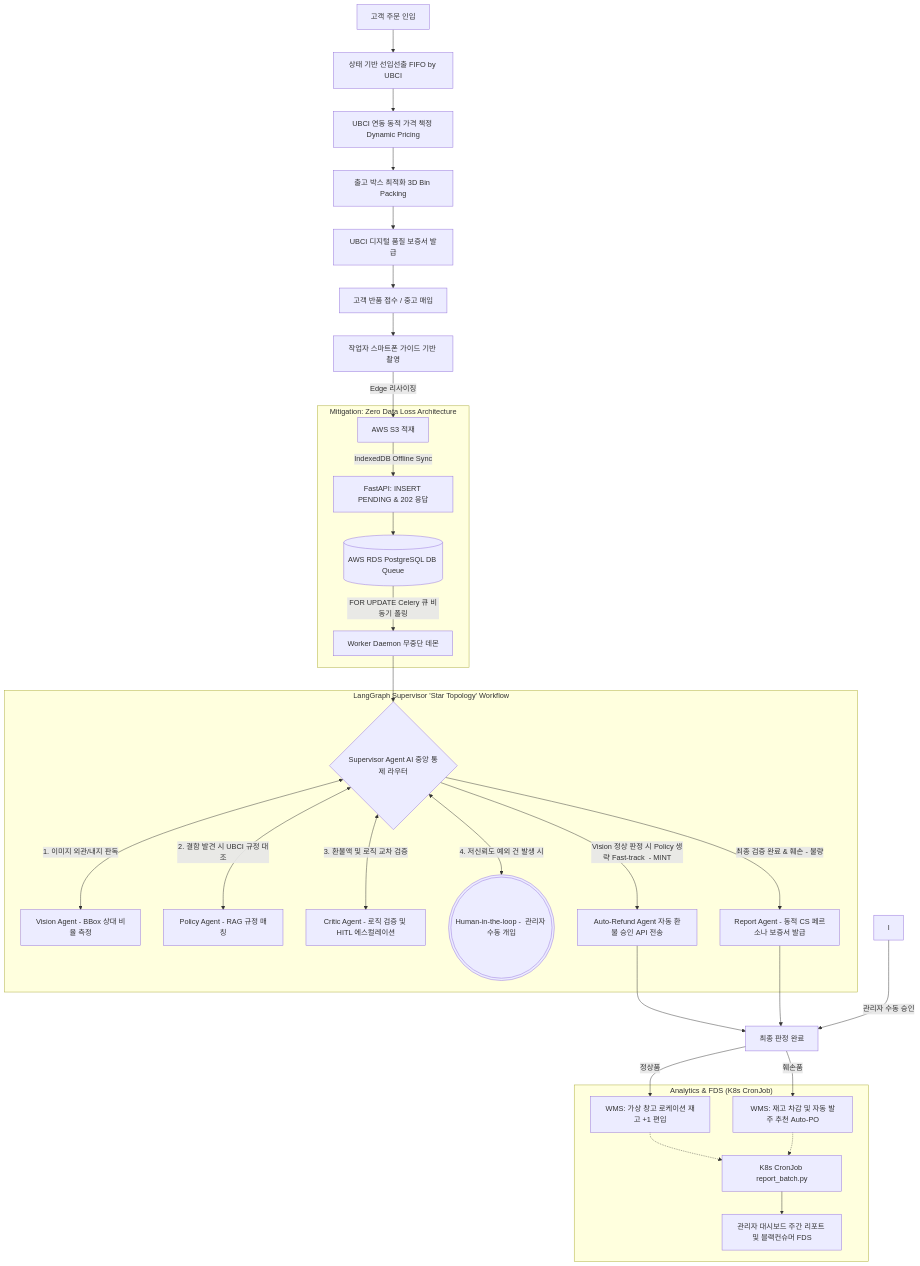
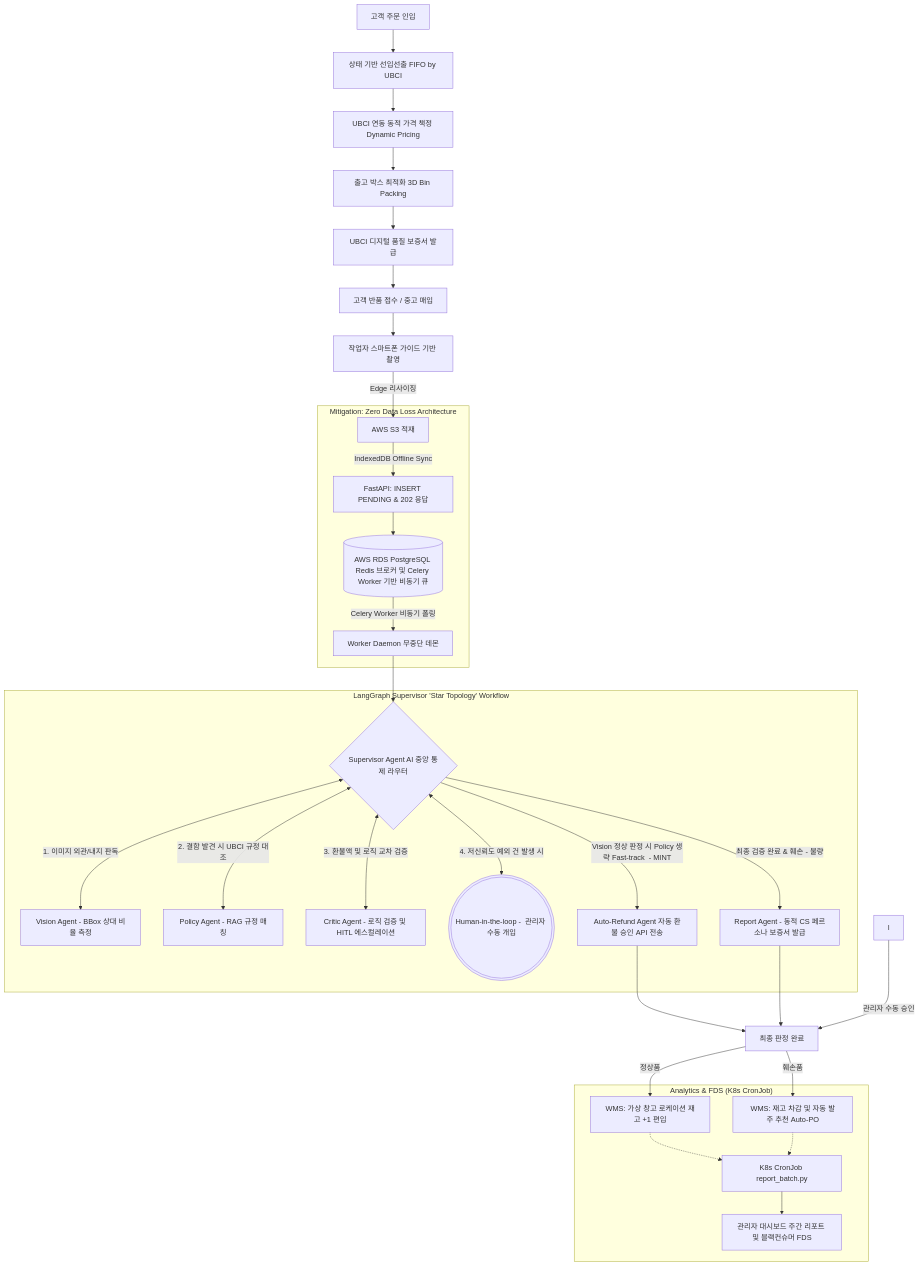
The second of 3 diagrams in docs/B2B_WMS_AI_Platform_기획서_ver1.3.md (jmkyong9393/wms-core-frontend), drawn with Mermaid before and after one commit. The commit also changed other lines of this file and 1 other file, not shown here.

Commit message:
docs: comprehensive terminology and architecture synchronization

````diff
--- a/docs/B2B_WMS_AI_Platform_기획서_ver1.3.md
+++ b/docs/B2B_WMS_AI_Platform_기획서_ver1.3.md
@@ -81,48 +81,48 @@
 ```mermaid
 graph TD
     %% WMS Outbound Flow
     O1[고객 주문 인입] --> O_FIFO["상태 기반 선입선출 FIFO by UBCI"]
     O_FIFO --> O_PRICE["UBCI 연동 동적 가격 책정 Dynamic Pricing"]
     O_PRICE --> O_BOX["출고 박스 최적화 3D Bin Packing"]
     O_BOX --> O_CERT[UBCI 디지털 품질 보증서 발급]
     O_CERT --> O3[고객 반품 접수 / 중고 매입]
     O3 --> A
 
     %% Client Upload
     A["작업자 스마트폰 가이드 기반 촬영"] -->|Edge 리사이징| B[AWS S3 적재]
 
     %% Mitigation Plan: Offline & Decoupling
     subgraph "Mitigation: Zero Data Loss Architecture"
         B -->|IndexedDB Offline Sync| C["FastAPI: INSERT PENDING & 202 응답"]
-        C --> DBQueue[(AWS RDS PostgreSQL DB Queue)]
-        DBQueue -->|FOR UPDATE Celery 큐 비동기 폴링| W["Worker Daemon 무중단 데몬"]
+        C --> DBQueue[(AWS RDS PostgreSQL Redis 브로커 및 Celery Worker 기반 비동기 큐)]
+        DBQueue -->|Celery Worker 비동기 폴링| W["Worker Daemon 무중단 데몬"]
     end
 
     %% Multi-Agent Workflow
     subgraph "LangGraph Supervisor 'Star Topology' Workflow"
         W --> SUP{Supervisor Agent AI 중앙 통제 라우터}
         
         SUP <-->|1. 이미지 외관/내지 판독| VIS["Vision Agent - BBox 상대 비율 측정"]
         SUP <-->|2. 결함 발견 시 UBCI 규정 대조| POL["Policy Agent - RAG 규정 매칭"]
         SUP <-->|3. 환불액 및 로직 교차 검증| CRI["Critic Agent - 로직 검증 및 HITL 에스컬레이션"]
         SUP <-->|4. 저신뢰도 예외 건 발생 시| HITL(((Human-in-the-loop -  관리자 수동 개입)))
         
         SUP -->|Vision 정상 판정 시 Policy 생략 Fast-track  - MINT| G["Auto-Refund Agent 자동 환불 승인 API 전송"]
         SUP -->|최종 검증 완료 & 훼손  - 불량| H["Report Agent - 동적 CS 페르소나 보증서 발급"]
     end
 
     %% WMS Inbound Flow
     G --> J[최종 판정 완료]
     H --> J
     I -->|관리자 수동 승인| J
 
     J -->|정상품| K[WMS: 가상 창고 로케이션 재고 +1 편입]
     J -->|훼손품| L["WMS: 재고 차감 및 자동 발주 추천 Auto-PO"]
 
     %% FDS & Report (CronJob)
     subgraph "Analytics & FDS (K8s CronJob)"
         K -.-> Batch["K8s CronJob report_batch.py"]
         L -.-> Batch
         Batch --> M["관리자 대시보드 주간 리포트 및 블랙컨슈머 FDS"]
     end
 ```
````
